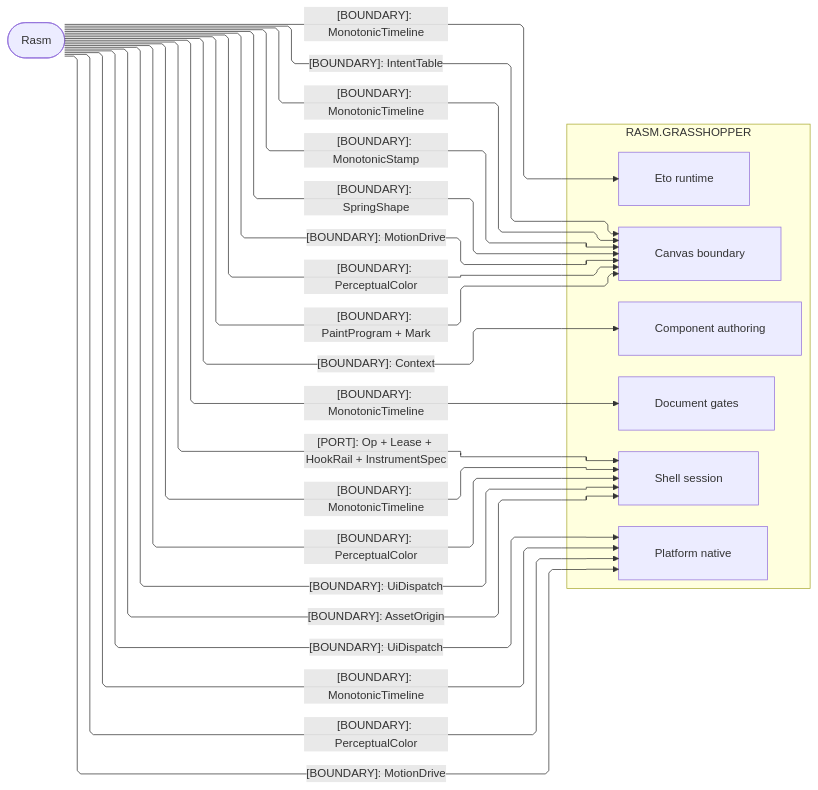
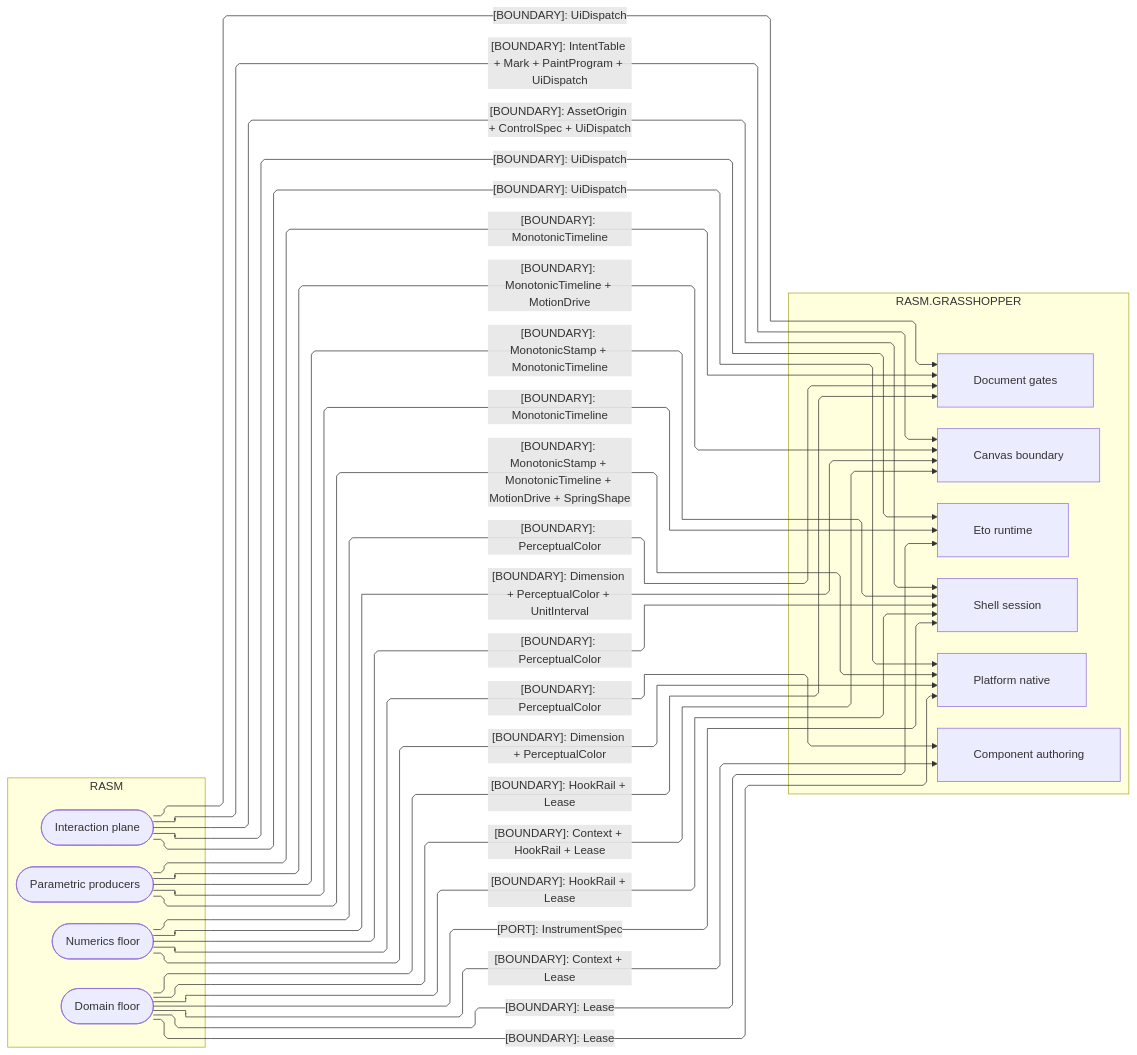
One commit to bsamiee/Rasm changed the second of 3 diagrams in libs/dotnet/Rasm.Grasshopper/ARCHITECTURE.md. Above: the diagram before and after it, drawn with Mermaid. The commit also changed other lines of this file and 167 other files, not shown here.

````diff
--- a/libs/dotnet/Rasm.Grasshopper/ARCHITECTURE.md
+++ b/libs/dotnet/Rasm.Grasshopper/ARCHITECTURE.md
@@ -109,40 +111,48 @@
 ```mermaid
 ---
 config:
   layout: elk
   flowchart:
     curve: linear
     padding: 25
 ---
 flowchart LR
     accTitle: Grasshopper host-boundary kernel seams
-    accDescr: Which kernel contracts the Grasshopper boundary admits, one edge per contract family labeled by kind.
+    accDescr: Which kernel owner hands which frozen-name contracts to each Grasshopper sub-domain, one edge per owner, sub-domain, and kind.
     subgraph grasshopper[RASM.GRASSHOPPER]
         Canvas[Canvas boundary]
+        Components[Component authoring]
         Document[Document gates]
         Eto[Eto runtime]
+        Platform[Platform native]
         Shell[Shell session]
-        Platform[Platform native]
-        Components[Component authoring]
     end
-    Rasm([Rasm])
-    Rasm e1@-->|"[BOUNDARY]: Context"| Components
-    Rasm e2@-->|"[BOUNDARY]: MonotonicTimeline"| Canvas
-    Rasm e3@-->|"[BOUNDARY]: MonotonicStamp"| Canvas
-    Rasm e4@-->|"[BOUNDARY]: SpringShape"| Canvas
-    Rasm e5@-->|"[BOUNDARY]: MotionDrive"| Canvas
-    Rasm e6@-->|"[BOUNDARY]: PerceptualColor"| Canvas
-    Rasm e7@-->|"[BOUNDARY]: PaintProgram + Mark"| Canvas
-    Rasm e8@-->|"[BOUNDARY]: IntentTable"| Canvas
-    Rasm e9@-->|"[BOUNDARY]: MonotonicTimeline"| Document
-    Rasm e10@-->|"[BOUNDARY]: MonotonicTimeline"| Eto
-    Rasm e11@-->|"[BOUNDARY]: MonotonicTimeline"| Shell
-    Rasm e12@-->|"[BOUNDARY]: PerceptualColor"| Shell
-    Rasm e13@-->|"[BOUNDARY]: UiDispatch"| Shell
-    Rasm e14@-->|"[BOUNDARY]: AssetOrigin"| Shell
-    Rasm e15@-->|"[PORT]: Op + Lease + HookRail + InstrumentSpec"| Shell
-    Rasm e16@-->|"[BOUNDARY]: MonotonicTimeline"| Platform
-    Rasm e17@-->|"[BOUNDARY]: PerceptualColor"| Platform
-    Rasm e18@-->|"[BOUNDARY]: MotionDrive"| Platform
-    Rasm e19@-->|"[BOUNDARY]: UiDispatch"| Platform
+    subgraph rasm[RASM]
+        Domain([Domain floor])
+        Numerics([Numerics floor])
+        Parametric([Parametric producers])
+        Interaction([Interaction plane])
+    end
+    Domain e1@-->|"[BOUNDARY]: Context + HookRail + Lease"| Canvas
+    Domain e2@-->|"[BOUNDARY]: Context + Lease"| Components
+    Domain e3@-->|"[BOUNDARY]: HookRail + Lease"| Document
+    Domain e4@-->|"[BOUNDARY]: Lease"| Eto
+    Domain e5@-->|"[BOUNDARY]: Lease"| Platform
+    Domain e6@-->|"[BOUNDARY]: HookRail + Lease"| Shell
+    Domain e7@-->|"[PORT]: InstrumentSpec"| Shell
+    Numerics e8@-->|"[BOUNDARY]: Dimension + PerceptualColor + UnitInterval"| Canvas
+    Numerics e9@-->|"[BOUNDARY]: PerceptualColor"| Components
+    Numerics e10@-->|"[BOUNDARY]: PerceptualColor"| Document
+    Numerics e11@-->|"[BOUNDARY]: Dimension + PerceptualColor"| Platform
+    Numerics e12@-->|"[BOUNDARY]: PerceptualColor"| Shell
+    Parametric e13@-->|"[BOUNDARY]: MonotonicTimeline + MotionDrive"| Canvas
+    Parametric e14@-->|"[BOUNDARY]: MonotonicTimeline"| Document
+    Parametric e15@-->|"[BOUNDARY]: MonotonicTimeline"| Eto
+    Parametric e16@-->|"[BOUNDARY]: MonotonicStamp + MonotonicTimeline + MotionDrive + SpringShape"| Platform
+    Parametric e17@-->|"[BOUNDARY]: MonotonicStamp + MonotonicTimeline"| Shell
+    Interaction e18@-->|"[BOUNDARY]: IntentTable + Mark + PaintProgram + UiDispatch"| Canvas
+    Interaction e19@-->|"[BOUNDARY]: UiDispatch"| Document
+    Interaction e20@-->|"[BOUNDARY]: UiDispatch"| Eto
+    Interaction e21@-->|"[BOUNDARY]: UiDispatch"| Platform
+    Interaction e22@-->|"[BOUNDARY]: AssetOrigin + ControlSpec + UiDispatch"| Shell
 ```
````
